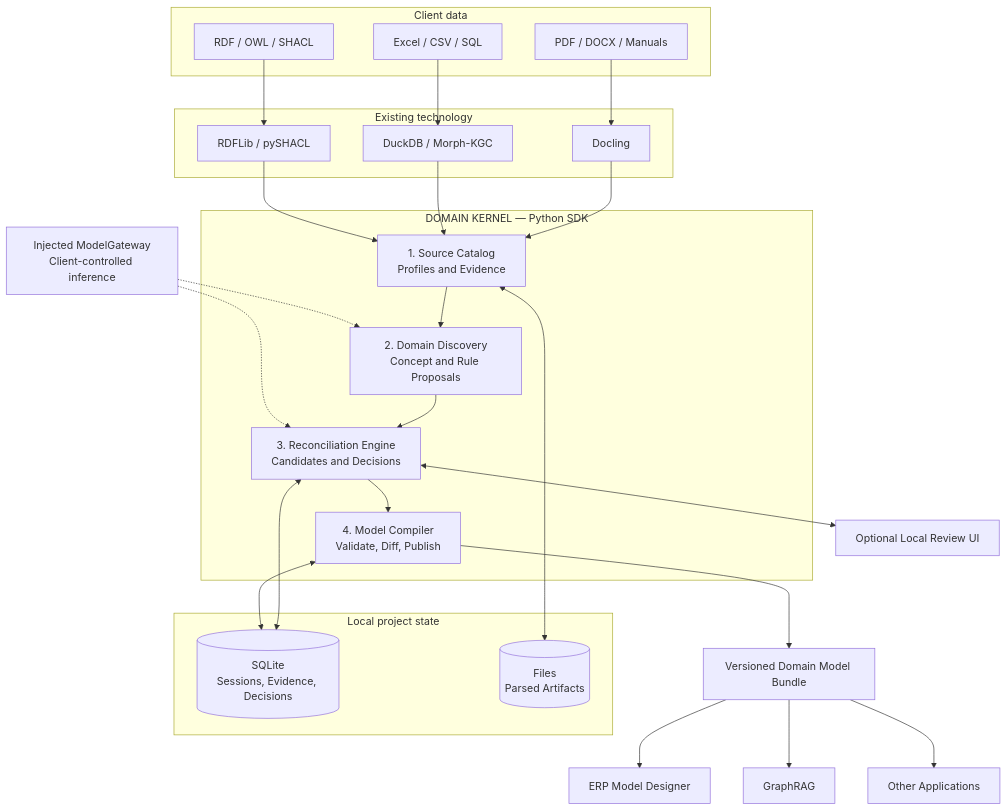
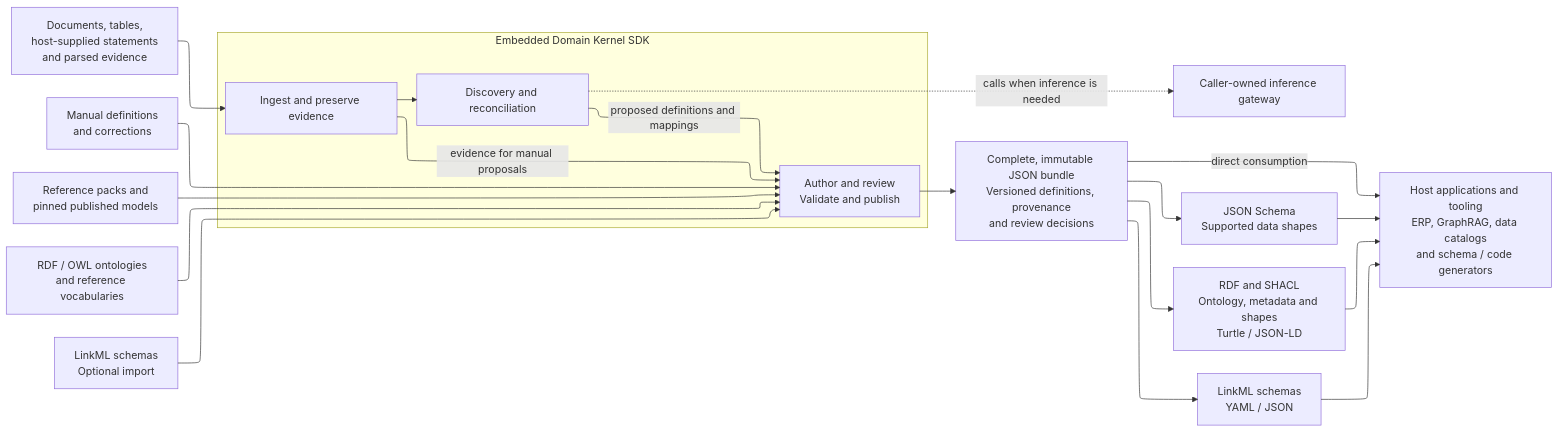
One commit to matejpalenik/domain-kernel changed the diagram in README.md. Above: the diagram before and after it, drawn with Mermaid. The commit also changed other lines of this file and 45 other files, not shown here.

````diff
--- a/README.md
+++ b/README.md
@@ -7,52 +78,37 @@
 ```mermaid
+---
+config:
+  layout: elk
+---
+flowchart LR
+    Evidence["Documents, tables,<br/>host-supplied statements<br/>and parsed evidence"] --> Ingest
+    Manual["Manual definitions<br/>and corrections"] --> Model
+    Reuse["Reference packs and<br/>pinned published models"] --> Model
+    Ontologies["RDF / OWL ontologies<br/>and reference vocabularies"] --> Model
+    Schemas["LinkML schemas<br/>Optional import"] --> Model
 
-flowchart TB
-    subgraph Sources["Client data"]
-        A["PDF / DOCX / Manuals"]
-        B["Excel / CSV / SQL"]
-        C["RDF / OWL / SHACL"]
+    subgraph Kernel["Embedded Domain Kernel SDK"]
+        Ingest["Ingest and preserve evidence"]
+        Discovery["Discovery and reconciliation"]
+        Model["Author and review<br/>Validate and publish"]
+
+        Ingest --> Discovery
+        Ingest -->|"evidence for manual proposals"| Model
+        Discovery -->|"proposed definitions and mappings"| Model
     end
 
-    subgraph Adapters["Existing technology"]
-        D["Docling"]
-        E["DuckDB / Morph-KGC"]
-        F["RDFLib / pySHACL"]
-    end
+    Discovery -. "calls when inference is needed" .-> Gateway["Caller-owned inference gateway"]
 
-    A --> D
-    B --> E
-    C --> F
+    Model --> Bundle["Complete, immutable JSON bundle<br/>Versioned definitions, provenance<br/>and review decisions"]
 
-    subgraph Kernel["DOMAIN KERNEL — Python SDK"]
-        G["1. Source Catalog<br/>Profiles and Evidence"]
-        H["2. Domain Discovery<br/>Concept and Rule Proposals"]
-        I["3. Reconciliation Engine<br/>Candidates and Decisions"]
-        J["4. Model Compiler<br/>Validate, Diff, Publish"]
+    Bundle -->|"direct consumption"| Apps
+    Bundle --> JSONSchema["JSON Schema<br/>Supported data shapes"]
+    Bundle --> RDF["RDF and SHACL<br/>Ontology, metadata and shapes<br/>Turtle / JSON-LD"]
+    Bundle --> LinkML["LinkML schemas<br/>YAML / JSON"]
 
-        G --> H --> I --> J
-    end
+    JSONSchema --> Apps
+    RDF --> Apps
+    LinkML --> Apps
 
-    D --> G
-    E --> G
-    F --> G
-
-    MG["Injected ModelGateway<br/>Client-controlled inference"] -.-> H
-    MG -.-> I
-
-    I <--> Review["Optional Local Review UI"]
-
-    subgraph Storage["Local project state"]
-        DB[("SQLite<br/>Sessions, Evidence, Decisions")]
-        FS[("Files<br/>Parsed Artifacts")]
-    end
-
-    G <--> FS
-    I <--> DB
-    J <--> DB
-
-    J --> Bundle["Versioned Domain Model Bundle"]
-
-    Bundle --> ERP["ERP Model Designer"]
-    Bundle --> RAG["GraphRAG"]
-    Bundle --> Apps["Other Applications"]
+    Apps["Host applications and tooling<br/>ERP, GraphRAG, data catalogs<br/>and schema / code generators"]
 ```
````
